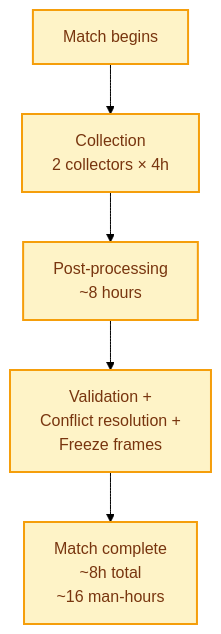
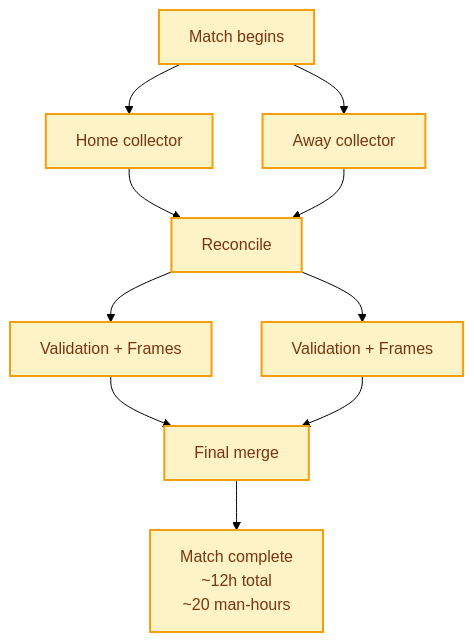
The first of 2 diagrams in src/pages/portfolio/statsbomb.mdx (saadshahd/saadshahd.github.io), drawn with Mermaid (forest theme) before and after one commit. The commit also changed other lines of this file, not shown here.

First line of the commit message:
fix(statsbomb): split collection workflow into concurrent collectors with dual merge points

````diff
--- a/src/pages/portfolio/statsbomb.mdx
+++ b/src/pages/portfolio/statsbomb.mdx
@@ -159,16 +160,17 @@
 ```mermaid
 graph TD
-    Start["Match begins"] --> Collect["Collection
-    2 collectors × 4h"]
-    Collect --> Post["Post-processing
-    ~8 hours"]
-    Post --> Valid["Validation +
-    Conflict resolution +
-    Freeze frames"]
-    Valid --> Complete["Match complete
-    ~8h total
-    ~16 man-hours"]
+    Start["Match begins"] --> HomeCollector["Home collector"]
+    Start --> AwayCollector["Away collector"]
+    HomeCollector --> Merge1["Reconcile"]
+    AwayCollector --> Merge1
+    Merge1 --> HomePost["Validation + Frames"]
+    Merge1 --> AwayPost["Validation + Frames"]
+    HomePost --> Merge2["Final merge"]
+    AwayPost --> Merge2
+    Merge2 --> Complete["Match complete
+    ~12h total
+    ~20 man-hours"]
 
     classDef problem fill:#FEF3C7,stroke:#F59E0B,stroke-width:2px,color:#78350F
-    class Start,Collect,Post,Valid,Complete problem
+    class Start,HomeCollector,AwayCollector,Merge1,HomePost,AwayPost,Merge2,Complete problem
 ```
````
